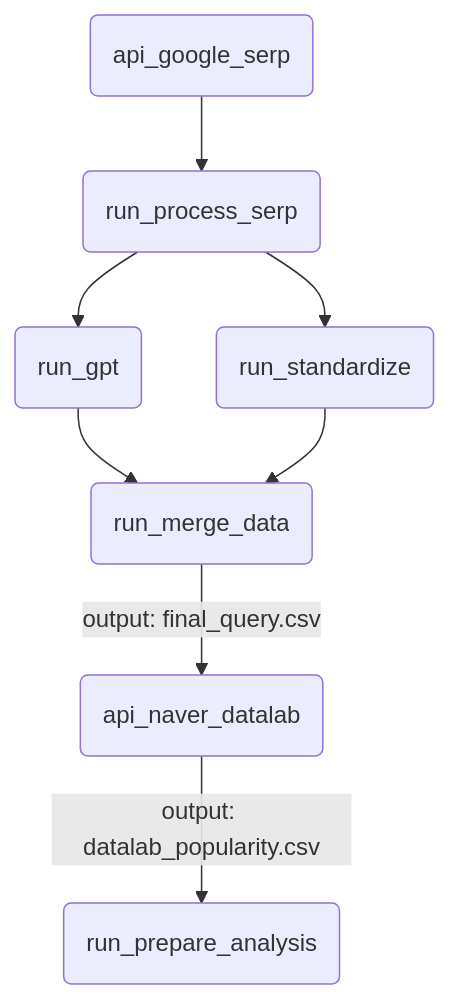
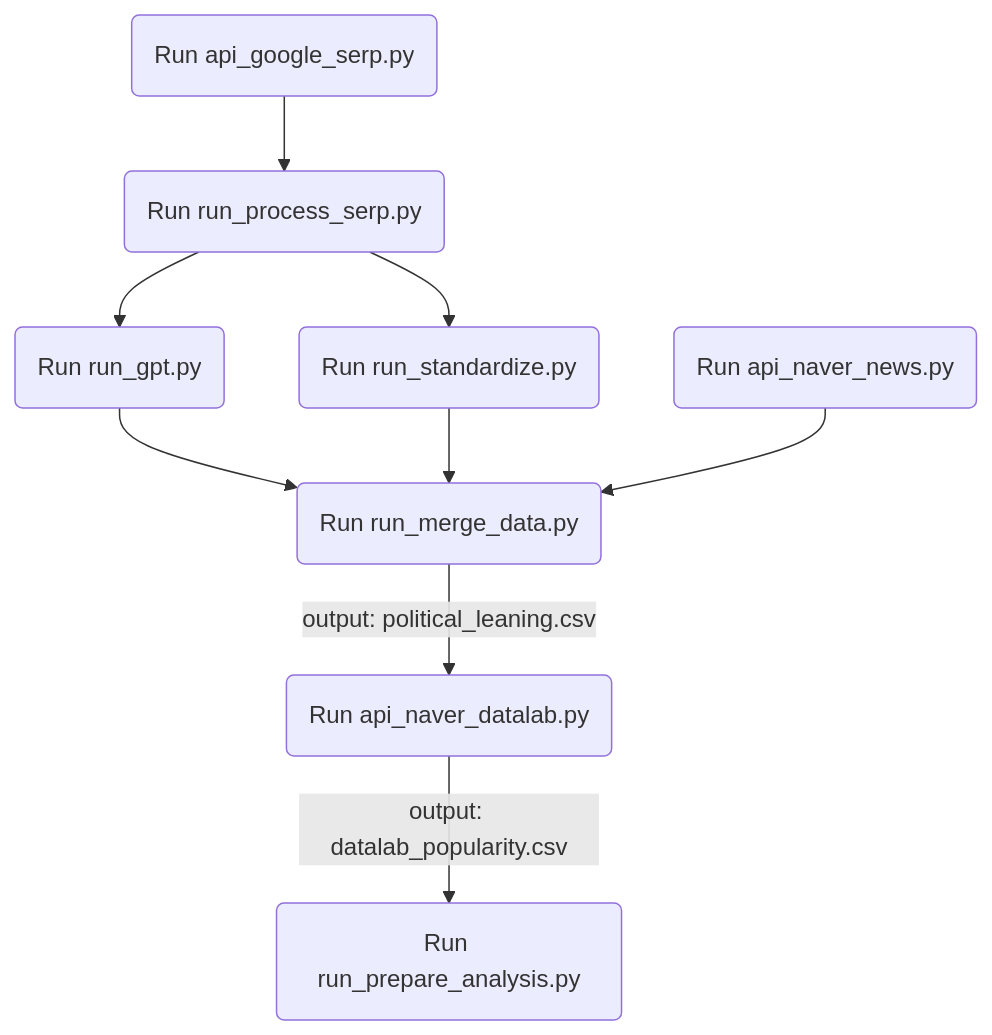
Before and after one commit to jean-jsj/llm-politics: the diagram in README.md, drawn with Mermaid.

````diff
--- a/README.md
+++ b/README.md
@@ -3,7 +3,8 @@
 ```mermaid
    graph TD
-      A(api_google_serp) --> B(run_process_serp)
-      B --> C(run_gpt) --> E(run_merge_data)
-      B --> D(run_standardize) --> E(run_merge_data)
-      E -- output: final_query.csv --> F(api_naver_datalab) -- output: datalab_popularity.csv --> G(run_prepare_analysis)
+      A(Run api_google_serp.py) --> B(Run run_process_serp.py)
+      B --> C(Run run_gpt.py) --> E(Run run_merge_data.py)
+      B --> D(Run run_standardize.py) --> E(Run run_merge_data.py)
+      F(Run api_naver_news.py) --> E(Run run_merge_data.py)
+      E -- output: political_leaning.csv --> G(Run api_naver_datalab.py) -- output: datalab_popularity.csv --> H(Run run_prepare_analysis.py)
 ```
````
